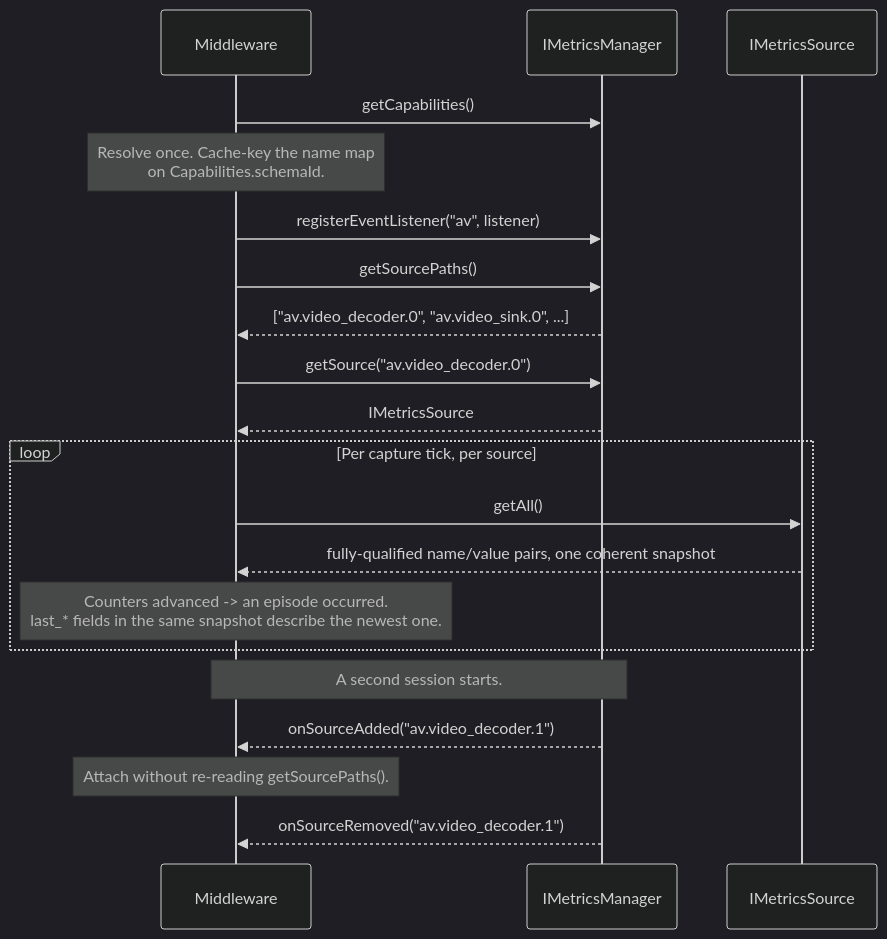
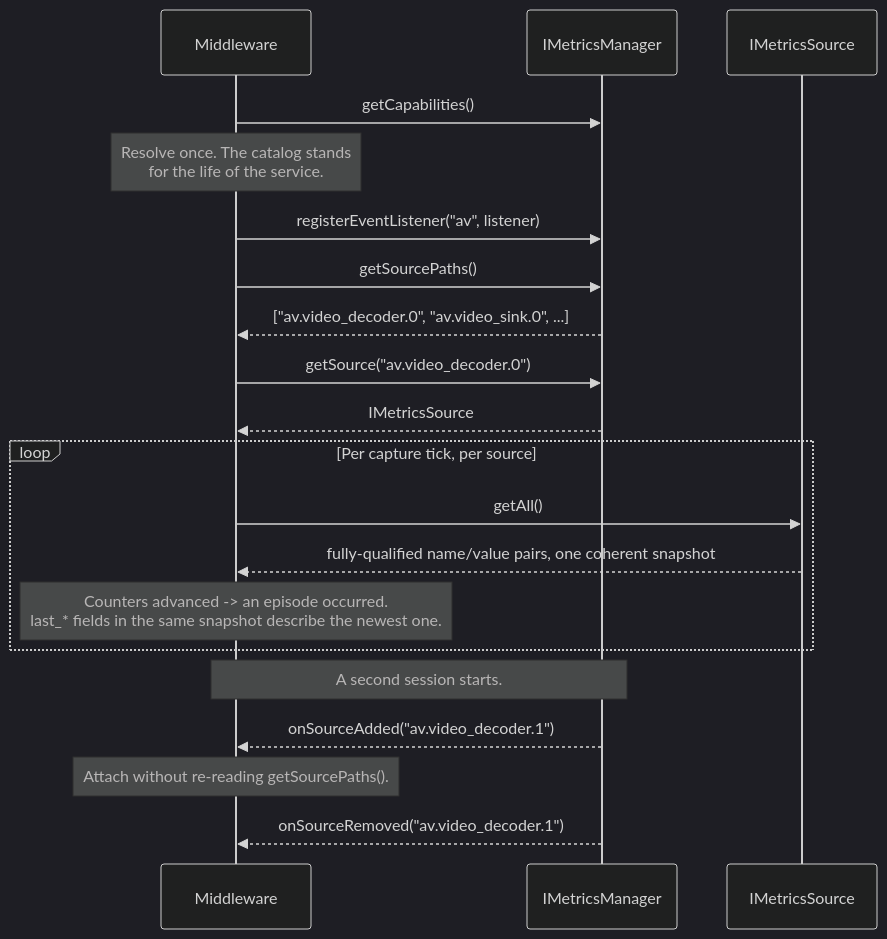
The second of 2 diagrams in metrics/current/docs/metrics.md (rdkcentral/rdk-halif-aidl), drawn with Mermaid (dark theme) before and after one commit. The commit also changed other lines of this file and 3 other files, not shown here.

First line of the commit message:
refactor(metrics)!: the profile already says which schema it is (#754)

````diff
--- a/metrics/current/docs/metrics.md
+++ b/metrics/current/docs/metrics.md
@@ -384,25 +382,25 @@
 ```mermaid
 sequenceDiagram
     participant Client as Middleware
     participant MGR as IMetricsManager
     participant SRC as IMetricsSource
 
     Client->>MGR: getCapabilities()
-    note over Client: Resolve once. Cache-key the name map<br>on Capabilities.schemaId.
+    note over Client: Resolve once. The catalog stands<br>for the life of the service.
     Client->>MGR: registerEventListener("av", listener)
     Client->>MGR: getSourcePaths()
     MGR-->>Client: ["av.video_decoder.0", "av.video_sink.0", ...]
     Client->>MGR: getSource("av.video_decoder.0")
     MGR-->>Client: IMetricsSource
 
     loop Per capture tick, per source
         Client->>SRC: getAll()
         SRC-->>Client: fully-qualified name/value pairs, one coherent snapshot
         note over Client: Counters advanced -> an episode occurred.<br/>last_* fields in the same snapshot describe the newest one.
     end
 
     note over MGR,Client: A second session starts.
     MGR-->>Client: onSourceAdded("av.video_decoder.1")
     note over Client: Attach without re-reading getSourcePaths().
     MGR-->>Client: onSourceRemoved("av.video_decoder.1")
 ```
````
